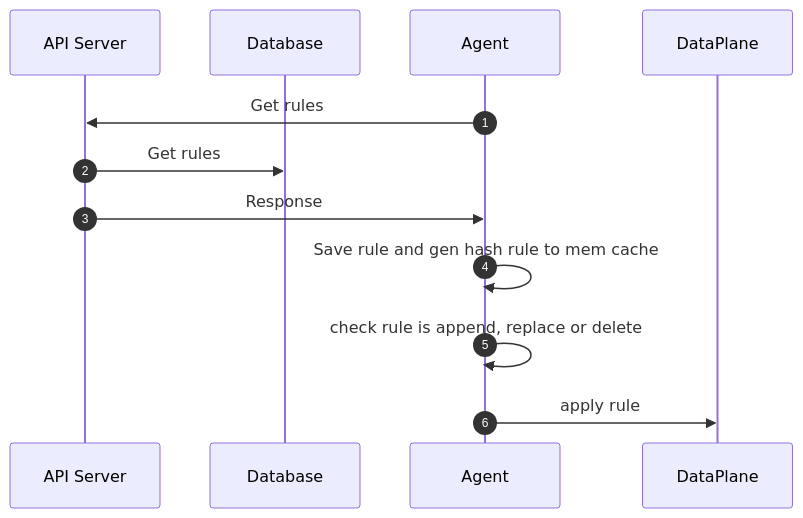
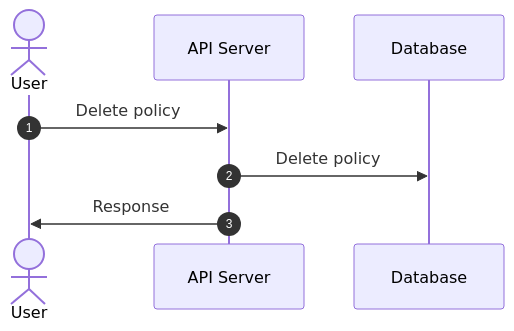
Before and after one commit to bamboo-firewall/docs: the third of 5 diagrams in case-studies/policy/usecase.md, drawn with Mermaid. The commit also changed other lines of this file, not shown here.

Commit message:
INFP-1366-components-and-flow

````diff
--- a/case-studies/policy/usecase.md
+++ b/case-studies/policy/usecase.md
@@ -89,14 +48,10 @@
 ```mermaid
 sequenceDiagram
     autonumber
+    actor U as User
     participant APIS as API Server
     participant DB as Database
-    participant Agent as Agent
-    participant DP as DataPlane
-    Agent ->> APIS: Get rules
-    APIS ->> DB: Get rules
-    APIS ->> Agent: Response
-    Agent ->> Agent: Save rule and gen hash rule to mem cache
-    Agent ->> Agent: check rule is append, replace or delete
-    Agent ->> DP: apply rule
+    U ->> APIS: Delete policy
+    APIS ->> DB: Delete policy
+    APIS ->> U: Response
 ```
````
